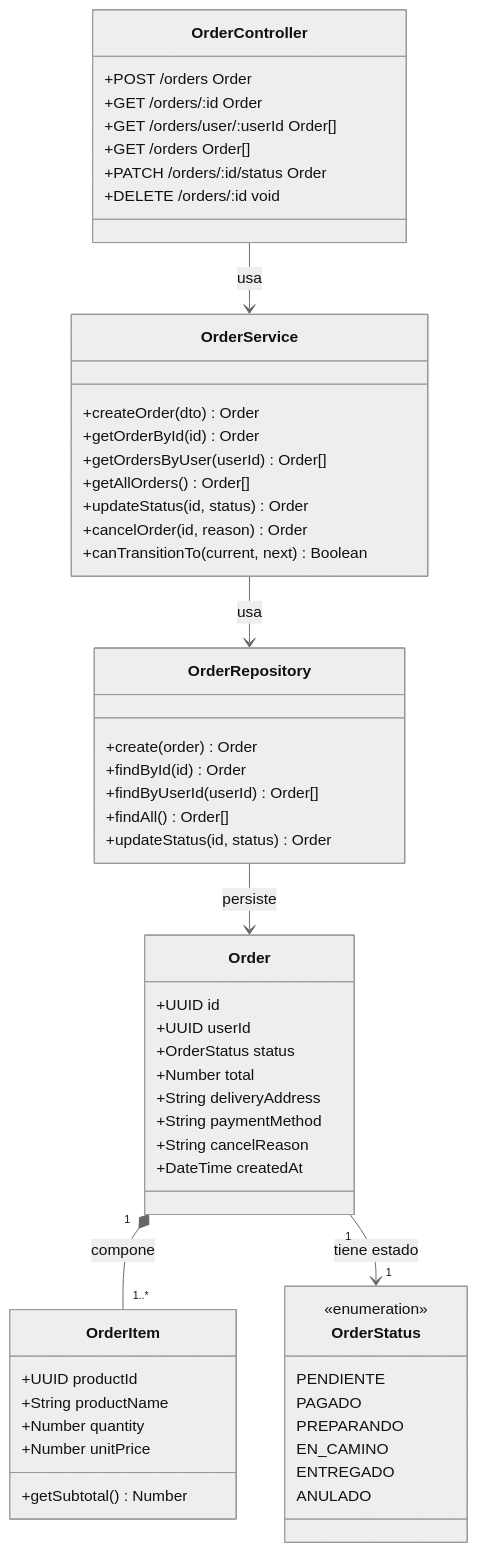
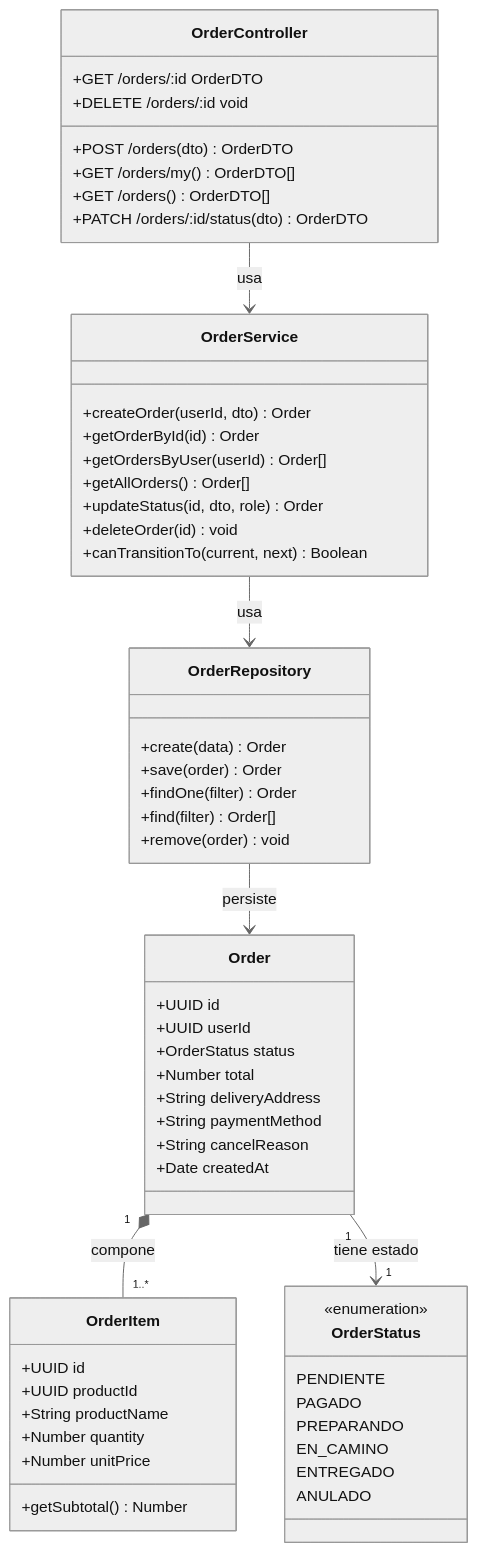
One commit to holyusm/INF-301-WWW changed the eighth of 12 diagrams in BackEnd-Arquitectura.md. Above: the diagram before and after it, drawn with Mermaid (neutral theme). The commit also changed other lines of this file, not shown here.

````diff
--- a/BackEnd-Arquitectura.md
+++ b/BackEnd-Arquitectura.md
@@ -540,64 +547,65 @@
 ```mermaid
 classDiagram
     class OrderController {
-        +POST /orders Order
-        +GET /orders/:id Order
-        +GET /orders/user/:userId Order[]
-        +GET /orders Order[]
-        +PATCH /orders/:id/status Order
+        +POST /orders(dto) OrderDTO
+        +GET /orders/my() OrderDTO[]
+        +GET /orders() OrderDTO[]
+        +GET /orders/:id OrderDTO
+        +PATCH /orders/:id/status(dto) OrderDTO
         +DELETE /orders/:id void
     }
 
     class OrderService {
-        +createOrder(dto) Order
+        +createOrder(userId, dto) Order
         +getOrderById(id) Order
         +getOrdersByUser(userId) Order[]
         +getAllOrders() Order[]
-        +updateStatus(id, status) Order
-        +cancelOrder(id, reason) Order
+        +updateStatus(id, dto, role) Order
+        +deleteOrder(id) void
         +canTransitionTo(current, next) Boolean
     }
 
     class OrderRepository {
-        +create(order) Order
-        +findById(id) Order
-        +findByUserId(userId) Order[]
-        +findAll() Order[]
-        +updateStatus(id, status) Order
+        +create(data) Order
+        +save(order) Order
+        +findOne(filter) Order
+        +find(filter) Order[]
+        +remove(order) void
     }
 
     class Order {
         +UUID id
         +UUID userId
         +OrderStatus status
         +Number total
         +String deliveryAddress
         +String paymentMethod
         +String cancelReason
-        +DateTime createdAt
+        +Date createdAt
     }
 
     class OrderItem {
+        +UUID id
         +UUID productId
         +String productName
         +Number quantity
         +Number unitPrice
         +getSubtotal() Number
     }
 
     class OrderStatus {
         <<enumeration>>
         PENDIENTE
         PAGADO
         PREPARANDO
         EN_CAMINO
         ENTREGADO
         ANULADO
     }
 
     OrderController --> OrderService : usa
     OrderService --> OrderRepository : usa
     OrderRepository --> Order : persiste
     Order "1" *-- "1..*" OrderItem : compone
     Order "1" --> "1" OrderStatus : tiene estado
 ```
````
